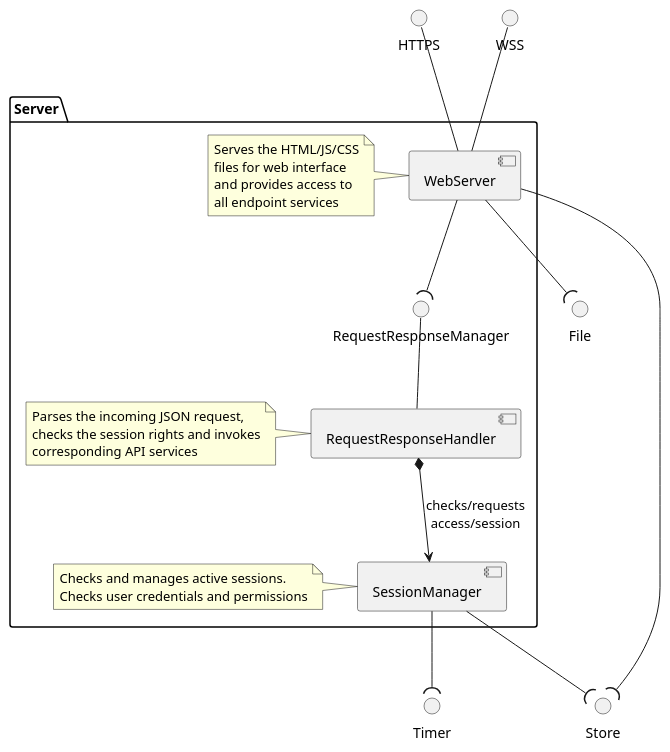
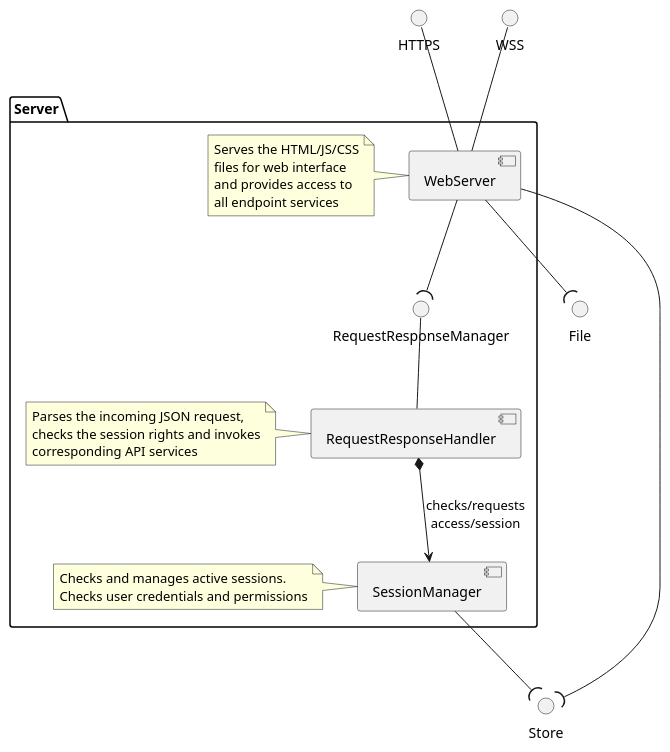
Before and after one commit to NewTec-GmbH/ZumoComSystem: the diagram in doc/architecture/server/04_Server.plantuml, drawn with PlantUML. The commit also changed 14 other files, not shown here.

```diff
--- a/doc/architecture/server/04_Server.plantuml
+++ b/doc/architecture/server/04_Server.plantuml
@@ -1,35 +1,33 @@
 @startuml
 interface "WSS" as WSS
 interface "HTTPS" as HTTPS
 
 interface "File" as File
 interface "Store" as Store
-interface "Timer" as Timer
 
 package Server {
     component "WebServer" as webserver
 
     note left of webserver : Serves the HTML/JS/CSS\nfiles for web interface\nand provides access to\nall endpoint services
 
     webserver -up- WSS
     webserver -up- HTTPS
 
     webserver -down-(File
     webserver -down-(Store
 
     component "SessionManager" as sessionsmgmt
     component "RequestResponseHandler" as requesthandler
 
     note left of sessionsmgmt : Checks and manages active sessions.\nChecks user credentials and permissions
     note left of requesthandler : Parses the incoming JSON request,\nchecks the session rights and invokes\ncorresponding API services
 
     interface "RequestResponseManager" as Request
     requesthandler -up- Request
 
     requesthandler *--> sessionsmgmt : checks/requests\naccess/session
 
     webserver -down-(Request
     sessionsmgmt -down-(Store
-    sessionsmgmt -down-(Timer
 }
 @enduml
```
